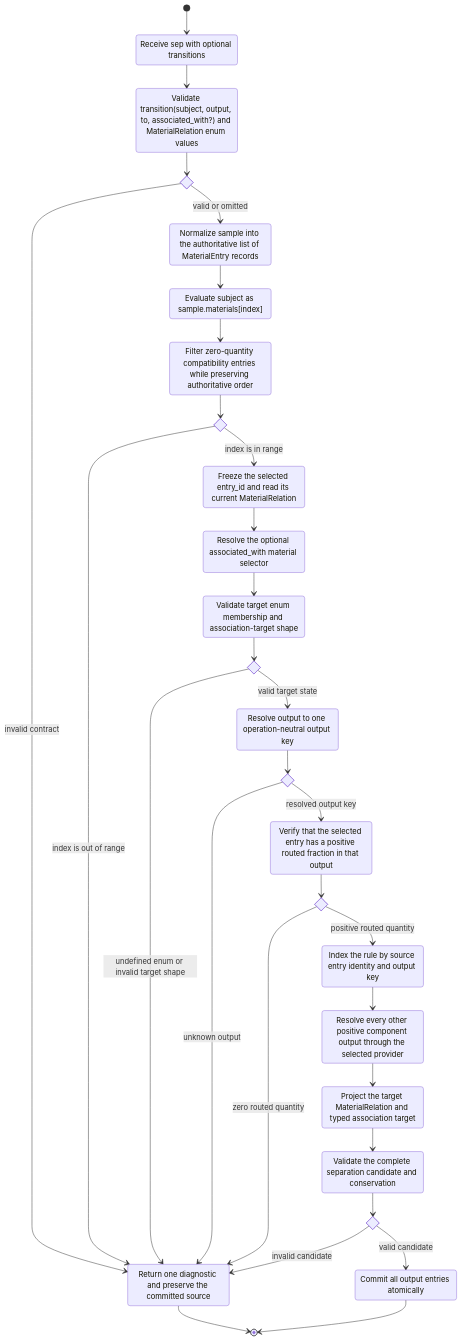
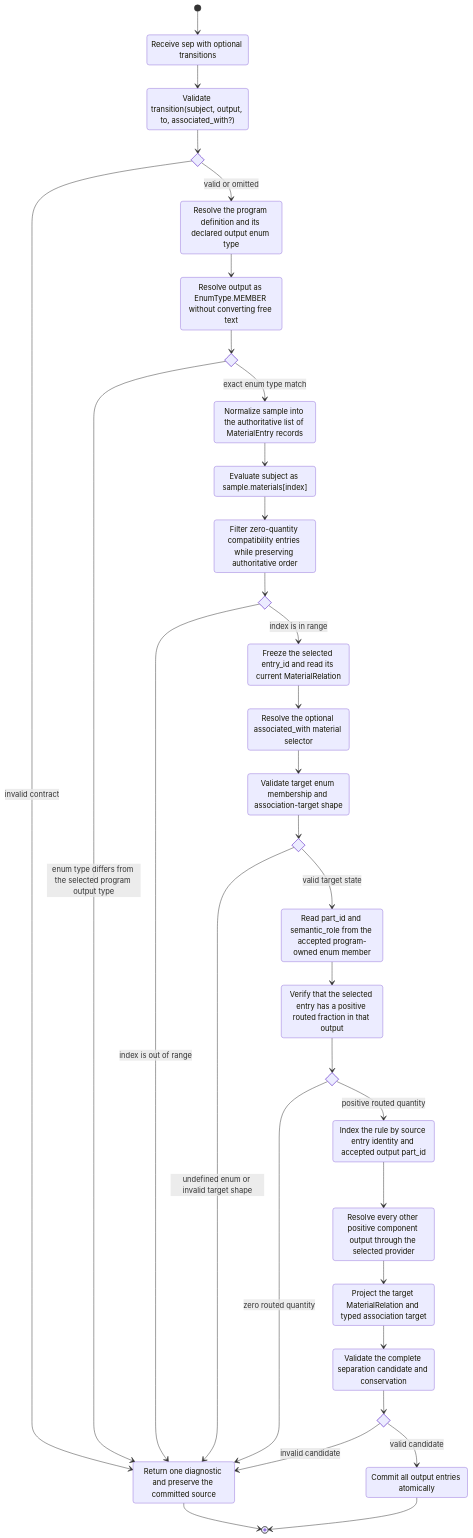
The fifth of 9 diagrams in docs/architecture/scientific_model_module_diagrams.md (culsma/culsma), drawn with Mermaid before and after one commit. The commit also changed other lines of this file and 15 other files, not shown here.

````diff
--- a/docs/architecture/scientific_model_module_diagrams.md
+++ b/docs/architecture/scientific_model_module_diagrams.md
@@ -178,57 +323,61 @@
 ```mermaid
 stateDiagram-v2
     direction TB
 
     state "Receive sep with optional transitions" as Receive
-    state "Validate transition(subject, output, to, associated_with?) and MaterialRelation enum values" as ValidateContract
+    state "Validate transition(subject, output, to, associated_with?)" as ValidateContract
     state ContractValid <<choice>>
+    state "Resolve the program definition and its declared output enum type" as ResolveProgramContract
+    state "Resolve output as EnumType.MEMBER without converting free text" as ResolveOutputMember
+    state OutputTypeMatches <<choice>>
     state "Normalize sample into the authoritative list of MaterialEntry records" as NormalizeSource
     state "Evaluate subject as sample.materials[index]" as EvaluateIndex
     state "Filter zero-quantity compatibility entries while preserving authoritative order" as BuildLiveList
     state IndexInRange <<choice>>
     state "Freeze the selected entry_id and read its current MaterialRelation" as ReadCurrentState
     state "Resolve the optional associated_with material selector" as ResolveAssociation
     state "Validate target enum membership and association-target shape" as ValidateTargetState
     state TargetStateValid <<choice>>
-    state "Resolve output to one operation-neutral output key" as ResolveOutput
-    state OutputValid <<choice>>
+    state "Read part_id and semantic_role from the accepted program-owned enum member" as ResolveOutput
     state "Verify that the selected entry has a positive routed fraction in that output" as ValidateFraction
     state PositiveFraction <<choice>>
-    state "Index the rule by source entry identity and output key" as IndexRule
+    state "Index the rule by source entry identity and accepted output part_id" as IndexRule
     state "Resolve every other positive component output through the selected provider" as ResolveFallbacks
     state "Project the target MaterialRelation and typed association target" as ProjectTargetEntry
     state "Validate the complete separation candidate and conservation" as ValidateCandidate
     state CandidateValid <<choice>>
     state "Commit all output entries atomically" as CommitCandidate
     state "Return one diagnostic and preserve the committed source" as Reject
 
     [*] --> Receive
     Receive --> ValidateContract
     ValidateContract --> ContractValid
     ContractValid --> Reject : invalid contract
-    ContractValid --> NormalizeSource : valid or omitted
+    ContractValid --> ResolveProgramContract : valid or omitted
+    ResolveProgramContract --> ResolveOutputMember
+    ResolveOutputMember --> OutputTypeMatches
+    OutputTypeMatches --> Reject : enum type differs from the selected program output type
+    OutputTypeMatches --> NormalizeSource : exact enum type match
     NormalizeSource --> EvaluateIndex
     EvaluateIndex --> BuildLiveList
     BuildLiveList --> IndexInRange
     IndexInRange --> Reject : index is out of range
     IndexInRange --> ReadCurrentState : index is in range
     ReadCurrentState --> ResolveAssociation
     ResolveAssociation --> ValidateTargetState
     ValidateTargetState --> TargetStateValid
     TargetStateValid --> Reject : undefined enum or invalid target shape
     TargetStateValid --> ResolveOutput : valid target state
-    ResolveOutput --> OutputValid
-    OutputValid --> Reject : unknown output
-    OutputValid --> ValidateFraction : resolved output key
+    ResolveOutput --> ValidateFraction
     ValidateFraction --> PositiveFraction
     PositiveFraction --> Reject : zero routed quantity
     PositiveFraction --> IndexRule : positive routed quantity
     IndexRule --> ResolveFallbacks
     ResolveFallbacks --> ProjectTargetEntry
     ProjectTargetEntry --> ValidateCandidate
     ValidateCandidate --> CandidateValid
     CandidateValid --> Reject : invalid candidate
     CandidateValid --> CommitCandidate : valid candidate
     Reject --> [*]
     CommitCandidate --> [*]
 ```
````
